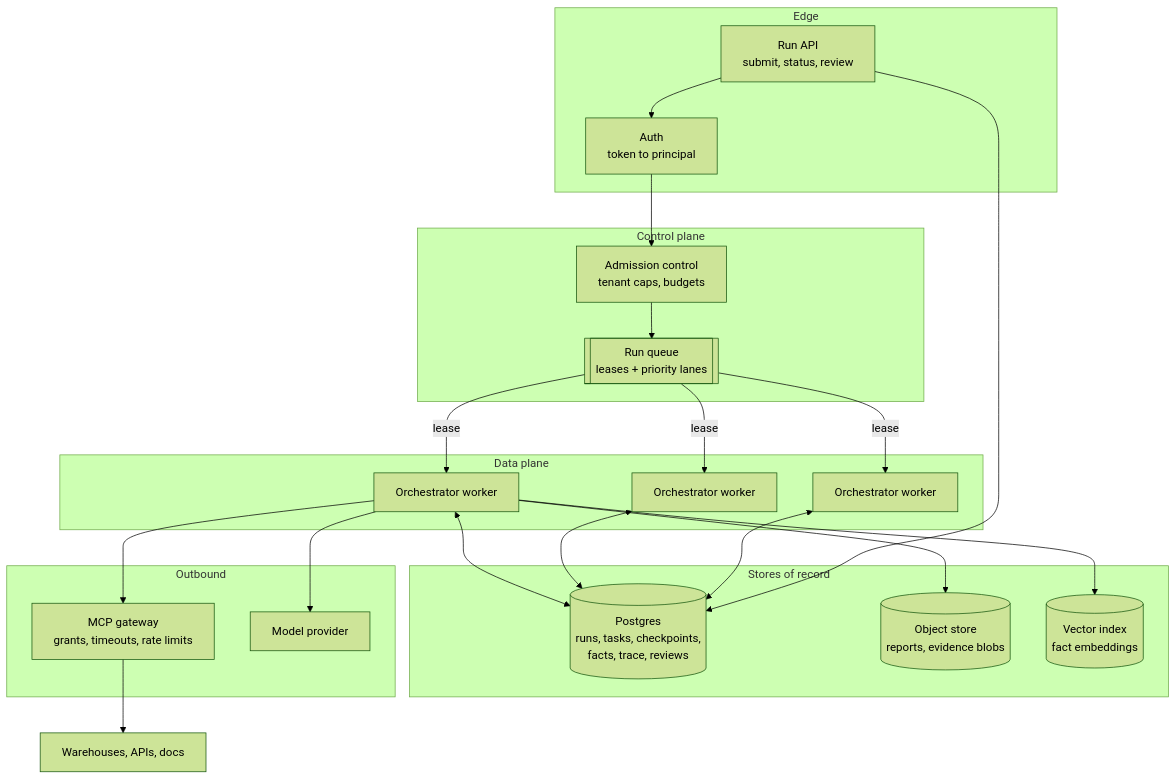
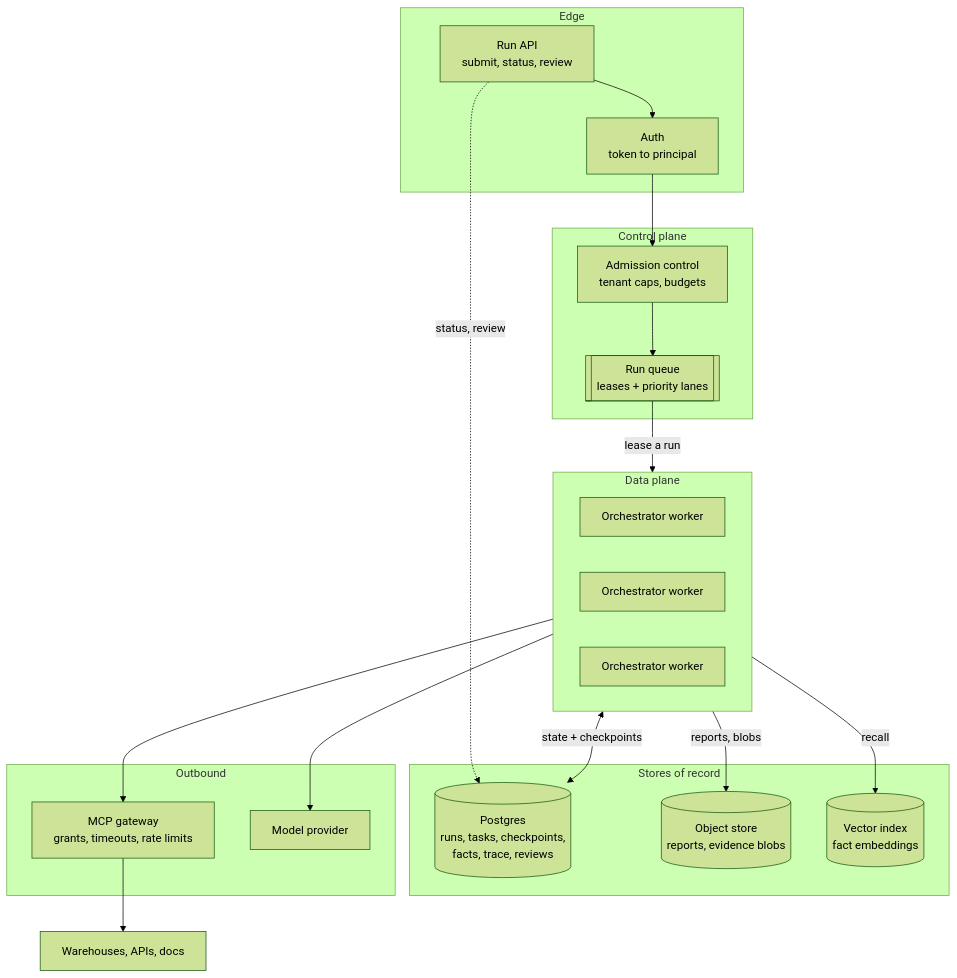
One commit to PandiRaja18/AI-OS changed the first of 15 diagrams in docs/README.md. Above: the diagram before and after it, drawn with Mermaid (forest theme). The commit also changed other lines of this file, not shown here.

First line of the commit message:
Revise run state diagram and transition details

````diff
--- a/docs/README.md
+++ b/docs/README.md
@@ -57,43 +57,39 @@
 ```mermaid
 flowchart TB
     subgraph EDGE["Edge"]
         API["Run API<br/>submit, status, review"]
         AUTH["Auth<br/>token to principal"]
     end
 
     subgraph CONTROL["Control plane"]
         Q[["Run queue<br/>leases + priority lanes"]]
         SCHED["Admission control<br/>tenant caps, budgets"]
     end
 
     subgraph DATA["Data plane"]
         W1["Orchestrator worker"]
         W2["Orchestrator worker"]
         W3["Orchestrator worker"]
     end
 
     subgraph SHARED["Stores of record"]
         PG[("Postgres<br/>runs, tasks, checkpoints,<br/>facts, trace, reviews")]
         OBJ[("Object store<br/>reports, evidence blobs")]
         VEC[("Vector index<br/>fact embeddings")]
     end
 
     subgraph OUT["Outbound"]
         GW["MCP gateway<br/>grants, timeouts, rate limits"]
         LLM["Model provider"]
     end
 
     API --> AUTH --> SCHED --> Q
-    Q -->|lease| W1
-    Q -->|lease| W2
-    Q -->|lease| W3
-    W1 <--> PG
-    W2 <--> PG
-    W3 <--> PG
-    W1 --> OBJ
-    W1 --> VEC
-    W1 --> GW
-    W1 --> LLM
+    Q -->|"lease a run"| DATA
+    DATA <-->|"state + checkpoints"| PG
+    DATA -->|"reports, blobs"| OBJ
+    DATA -->|"recall"| VEC
+    DATA --> GW
+    DATA --> LLM
     GW --> EXT["Warehouses, APIs, docs"]
-    API --> PG
+    API -.->|"status, review"| PG
 ```
````
